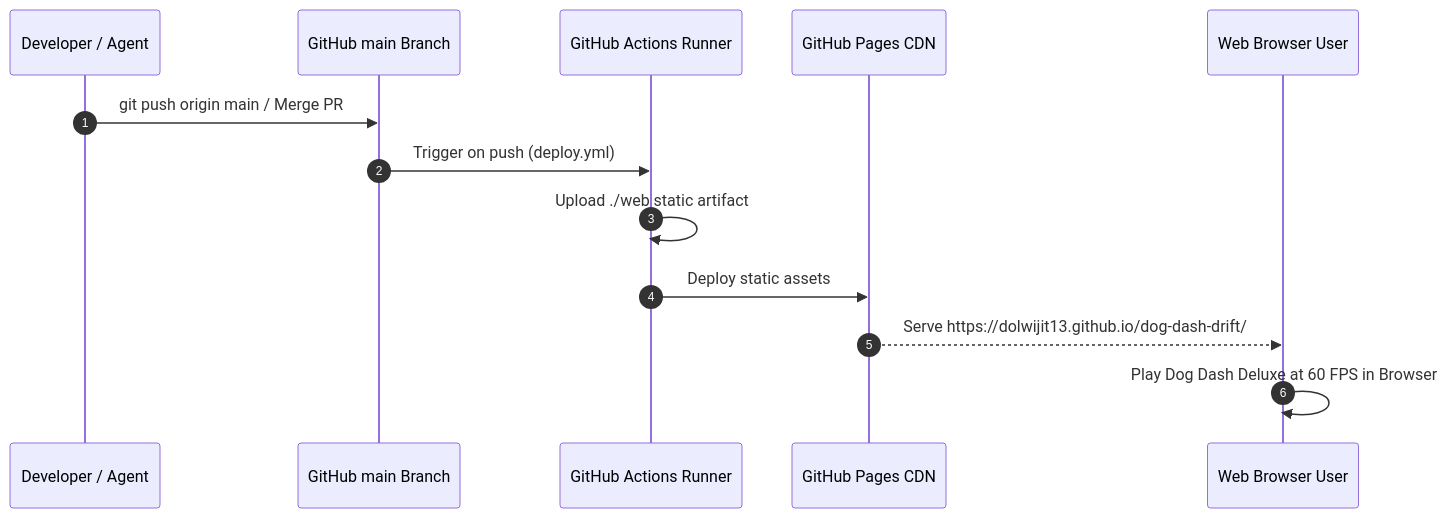
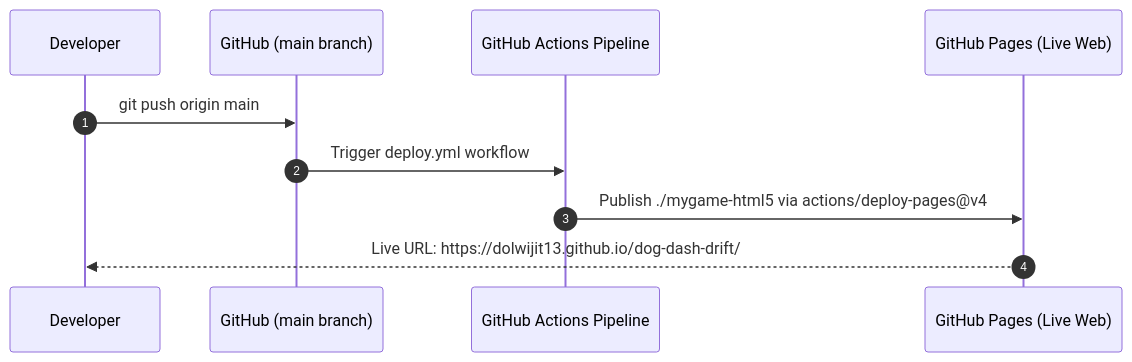
The diagram in .docs/github-pages-deployment/technical.md (dolwijit13/dog-dash-drift), drawn with Mermaid before and after one commit. The commit also changed other lines of this file, not shown here.

Commit message:
docs: update technical.md for native DragonRuby HTML5 deployment (#12)

````diff
--- a/.docs/github-pages-deployment/technical.md
+++ b/.docs/github-pages-deployment/technical.md
@@ -55,16 +51,13 @@
 ```mermaid
 sequenceDiagram
     autonumber
-    participant Developer as Developer / Agent
-    participant Repo as GitHub main Branch
-    participant Actions as GitHub Actions Runner
-    participant GHPages as GitHub Pages CDN
-    participant User as Web Browser User
+    participant Dev as Developer
+    participant Git as GitHub (main branch)
+    participant CI as GitHub Actions Pipeline
+    participant Pages as GitHub Pages (Live Web)
 
-    Developer->>Repo: git push origin main / Merge PR
-    Repo->>Actions: Trigger on push (deploy.yml)
-    Actions->>Actions: Upload ./web static artifact
-    Actions->>GHPages: Deploy static assets
-    GHPages-->>User: Serve https://dolwijit13.github.io/dog-dash-drift/
-    User->>User: Play Dog Dash Deluxe at 60 FPS in Browser
+    Dev->>Git: git push origin main
+    Git->>CI: Trigger deploy.yml workflow
+    CI->>Pages: Publish ./mygame-html5 via actions/deploy-pages@v4
+    Pages-->>Dev: Live URL: https://dolwijit13.github.io/dog-dash-drift/
 ```
````
